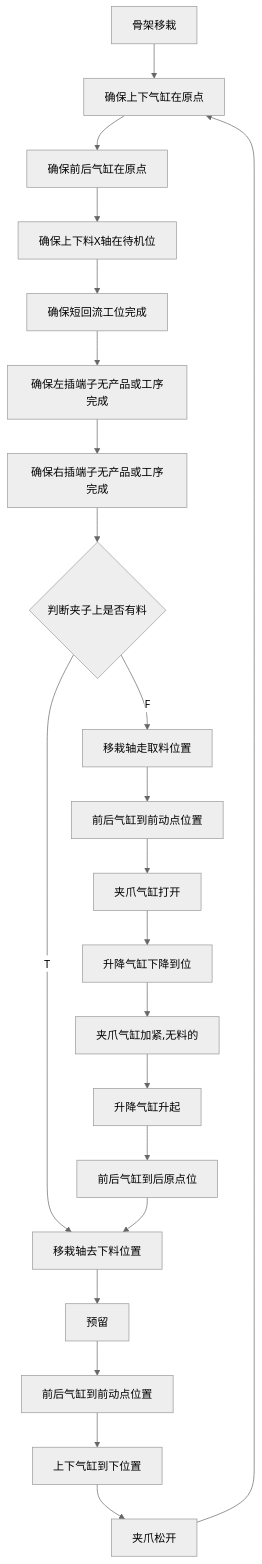
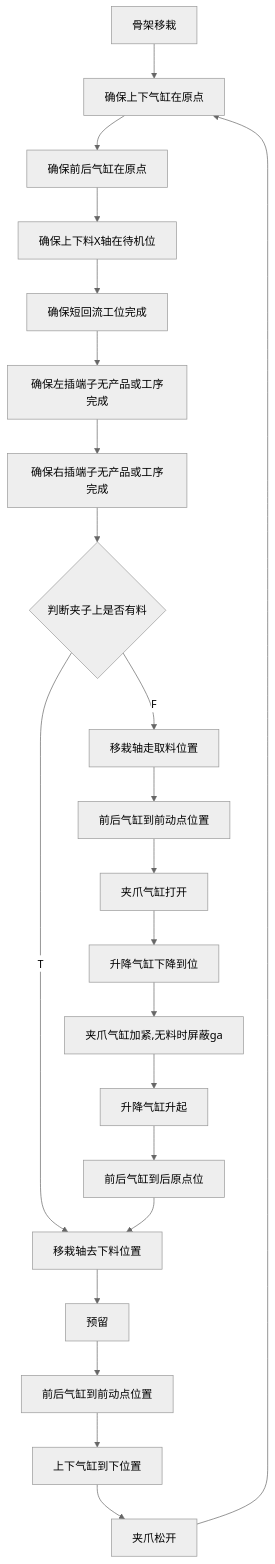
Before and after one commit to zmq000/iodraw-files: the diagram in all/VR-OP90骨架移栽.md, drawn with Mermaid (neutral theme).

Commit message:
2026-06-18 10:57:11 update

````diff
--- a/all/VR-OP90骨架移栽.md
+++ b/all/VR-OP90骨架移栽.md
@@ -1,33 +1,33 @@
 ```mermaid
 graph TD
    0[骨架移栽]-->10
    10[确保上下气缸在原点]-->20
    20[确保前后气缸在原点]-->30
    30[确保上下料X轴在待机位]-->40
    40[确保短回流工位完成]-->50
    50[确保左插端子无产品或工序完成]-->60
    60[确保右插端子无产品或工序完成]-->70
    70{判断夹子上是否有料}-->|F|80
    70-->|T|150
    80[移栽轴走取料位置]-->90
    90[前后气缸到前动点位置]-->100
    100[夹爪气缸打开]-->110
    110[升降气缸下降到位]-->120
-   120[夹爪气缸加紧,无料的]-->130
+   120[夹爪气缸加紧,无料时屏蔽ga]-->130
    130[升降气缸升起]-->140
    140[前后气缸到后原点位]-->150
    150[移栽轴去下料位置]-->160
    160[预留]-->170
    170[前后气缸到前动点位置]-->180
    180[上下气缸到下位置]-->190
    190[夹爪松开]-->10
 
 
 
 
 
 
 
 
   
 ```
````
